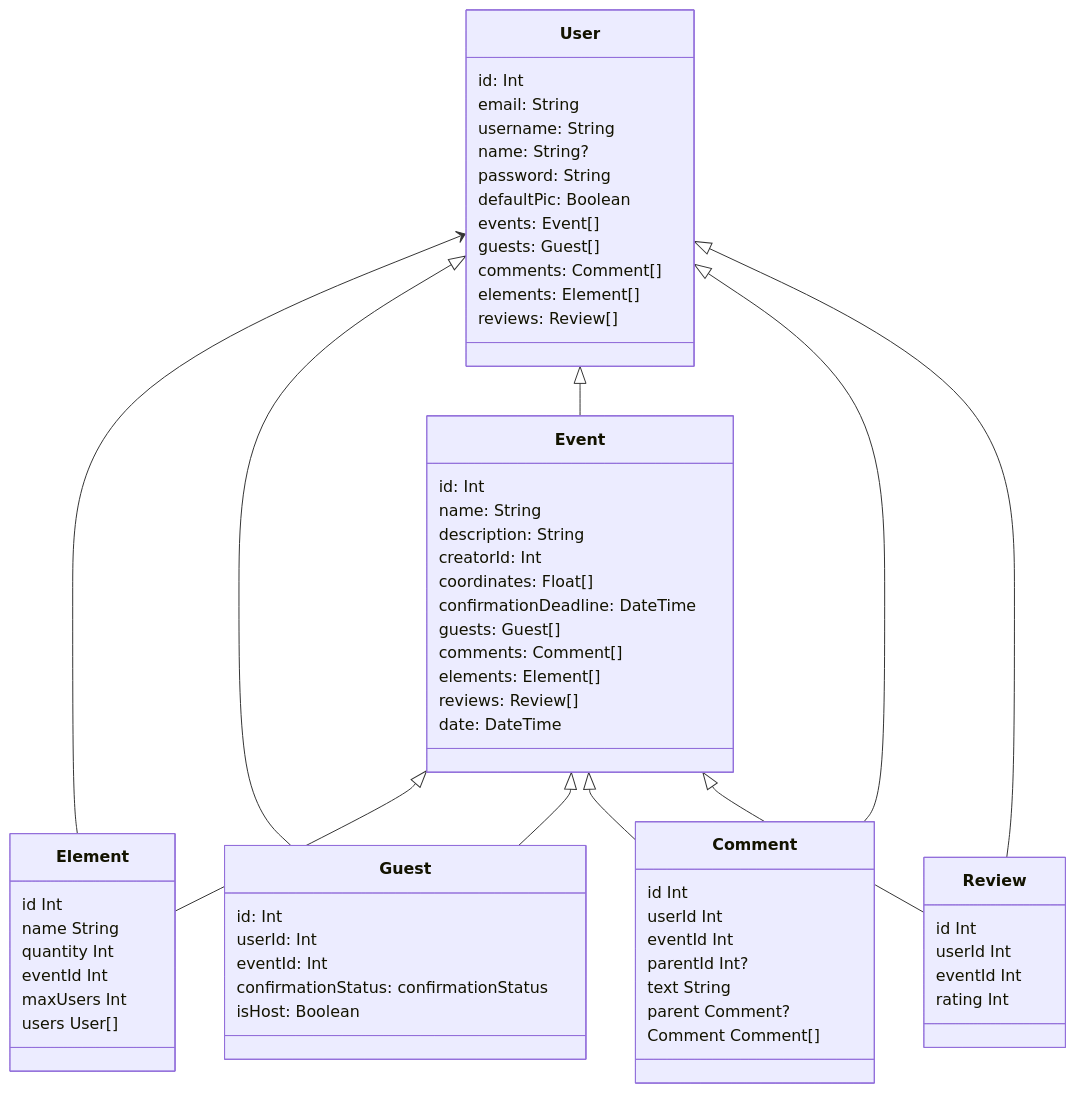
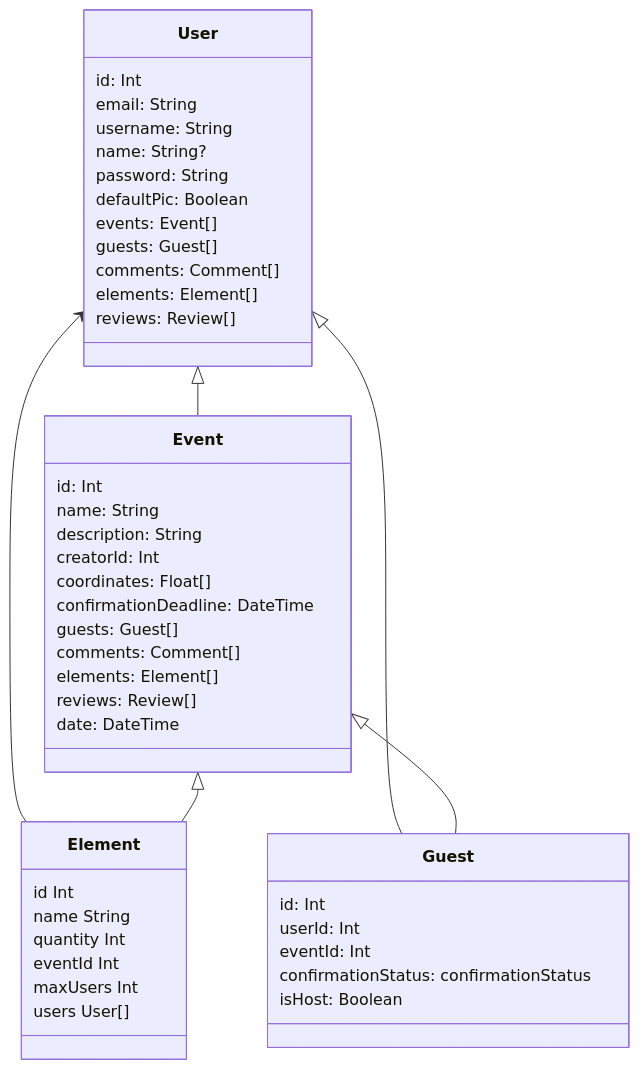
Before and after one commit to constanzalasarte/EventBuddy: the diagram in src/main/resources/diagram.mmd, drawn with Mermaid. The commit also changed 11 other files, not shown here.

```diff
--- a/src/main/resources/diagram.mmd
+++ b/src/main/resources/diagram.mmd
@@ -1,69 +1,48 @@
 classDiagram
     User <-- Element
     User <|-- Guest
     User <|-- Event
-    User <|-- Comment
-    User <|-- Review
     Event <|-- Element
     Event <|-- Guest
-    Event <|-- Comment
-    Event <|-- Review
 
     class User{
         id: Int
         email: String
         username: String
         name: String?
         password: String
         defaultPic: Boolean
         events: Event[]
         guests: Guest[]
         comments: Comment[]
         elements: Element[]
         reviews: Review[]
     }
     class Event{
         id: Int
         name: String
         description: String
         creatorId: Int
         coordinates: Float[]
         confirmationDeadline: DateTime
         guests: Guest[]
         comments: Comment[]
         elements: Element[]
         reviews: Review[]
         date: DateTime
     }
     class Guest{
         id: Int
         userId: Int
         eventId: Int
         confirmationStatus: confirmationStatus
         isHost: Boolean
     }
     class Element {
         id       Int
         name     String
         quantity Int
         eventId  Int
         maxUsers Int
         users    User[]
     }
-
-    class Comment {
-        id        Int
-        userId    Int
-        eventId   Int
-        parentId  Int?
-        text      String
-        parent    Comment?
-        Comment   Comment[]
-    }
-
-    class Review {
-        id        Int
-        userId    Int
-        eventId   Int
-        rating    Int
-    }
```
